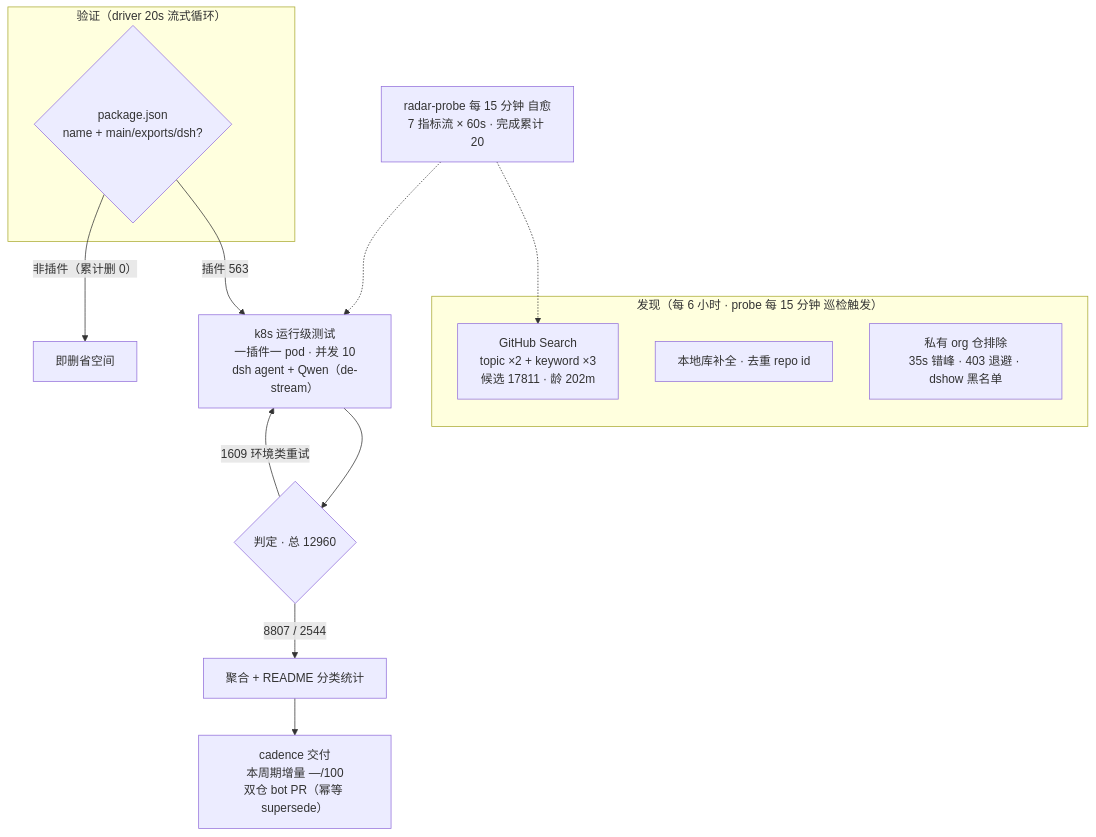
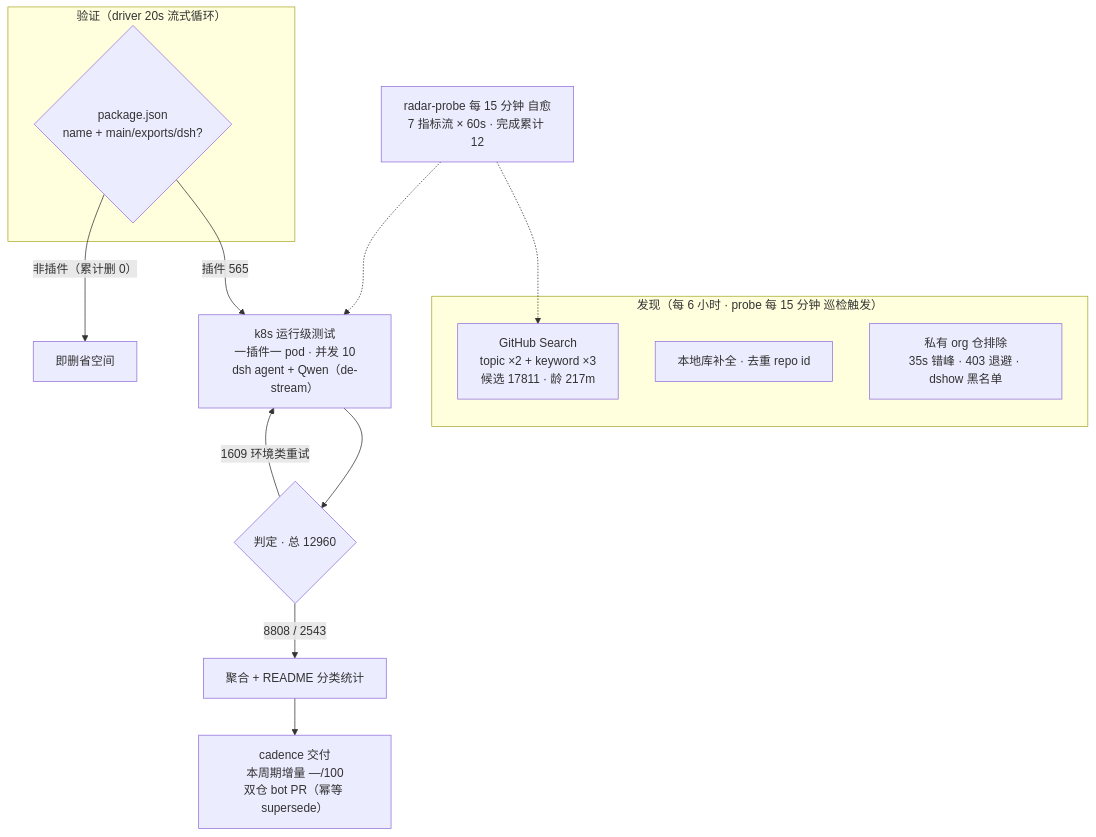
One commit to AdamPlatin123/awesome-dsh-plugins changed the diagram in README.md. Above: the diagram before and after it, drawn with Mermaid. The commit also changed other lines of this file and 5 other files, not shown here.

````diff
--- a/README.md
+++ b/README.md
@@ -52,20 +52,20 @@
 ```mermaid
 flowchart TB
     subgraph Discovery["发现（每 6 小时 · probe 每 15 分钟 巡检触发）"]
-        A1["GitHub Search<br/>topic ×2 + keyword ×3<br/>候选 17811 · 龄 202m"]
+        A1["GitHub Search<br/>topic ×2 + keyword ×3<br/>候选 17811 · 龄 217m"]
         A2["本地库补全 · 去重 repo id"]
         A3["私有 org 仓排除<br/>35s 错峰 · 403 退避 · dshow 黑名单"]
     end
     subgraph Validation["验证（driver 20s 流式循环）"]
         B1{"package.json<br/>name + main/exports/dsh?"}
     end
-    B1 -->|"插件 563"| C1["k8s 运行级测试<br/>一插件一 pod · 并发 10<br/>dsh agent + Qwen（de-stream）"]
+    B1 -->|"插件 565"| C1["k8s 运行级测试<br/>一插件一 pod · 并发 10<br/>dsh agent + Qwen（de-stream）"]
     B1 -->|"非插件（累计删 0）"| B3["即删省空间"]
     C1 --> D1{"判定 · 总 12960"}
-    D1 -->|"8807 / 2544"| E1["聚合 + README 分类统计"]
+    D1 -->|"8808 / 2543"| E1["聚合 + README 分类统计"]
     D1 -->|"1609 环境类重试"| C1
     E1 --> E2["cadence 交付<br/>本周期增量 —/100<br/>双仓 bot PR（幂等 supersede）"]
-    M["radar-probe 每 15 分钟 自愈<br/>7 指标流 × 60s · 完成累计 20"]
+    M["radar-probe 每 15 分钟 自愈<br/>7 指标流 × 60s · 完成累计 12"]
     M -.-> A1
     M -.-> C1
 ```
````
